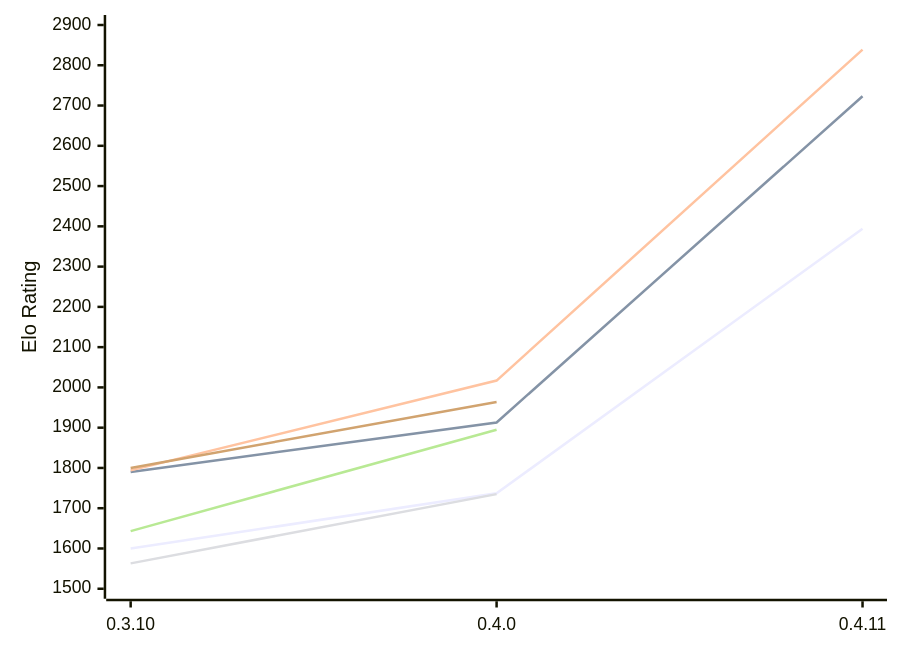
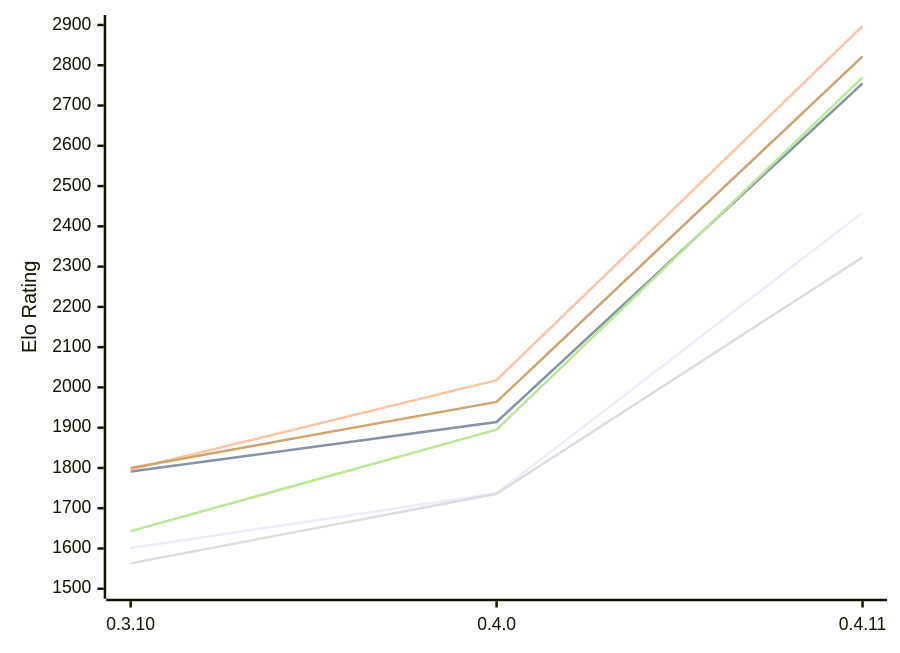
One commit to computer-chess-index/cci changed the first of 2 diagrams in engines/Arche.md. Above: the diagram before and after it, drawn with Mermaid. The commit also changed other lines of this file, not shown here.

Commit message:
Update CCI Ratings (ELO VLTC) - 2026-11-26

````diff
--- a/engines/Arche.md
+++ b/engines/Arche.md
@@ -54,12 +55,12 @@
 ```mermaid
 %%{init: {"theme":"base","themeVariables":{"seriesColors:['#a3a3a3','#222221','#faa371']}}}%%
 xychart-beta
   x-axis ["0.3.10", "0.4.0", "0.4.11"]
   y-axis "Elo Rating" 1500 --> 2900
-  line "E1: STC (8.0+0.08s)" [1600, 1737, 2394]
-  line "E1: LTC (60.0+0.60s)" [1790, 1913, 2723]
-  line "E1: VLTC (2m24s+1.12s)" [1794, 2017, 2839]
-  line "P1: STC (8.0+0.08s)" [1563, 1735]
-  line "P1: LTC (60.0+0.60s)" [1643, 1895]
-  line "P1: VLTC (2m24s+1.12s)" [1800, 1964]
+  line "E1: STC (8.0+0.08s)" [1601, 1737, 2434]
+  line "E1: LTC (60.0+0.60s)" [1791, 1914, 2755]
+  line "E1: VLTC (2m24s+1.12s)" [1796, 2018, 2897]
+  line "P1: STC (8.0+0.08s)" [1563, 1736, 2323]
+  line "P1: LTC (60.0+0.60s)" [1643, 1895, 2770]
+  line "P1: VLTC (2m24s+1.12s)" [1800, 1964, 2822]
 ```
````
